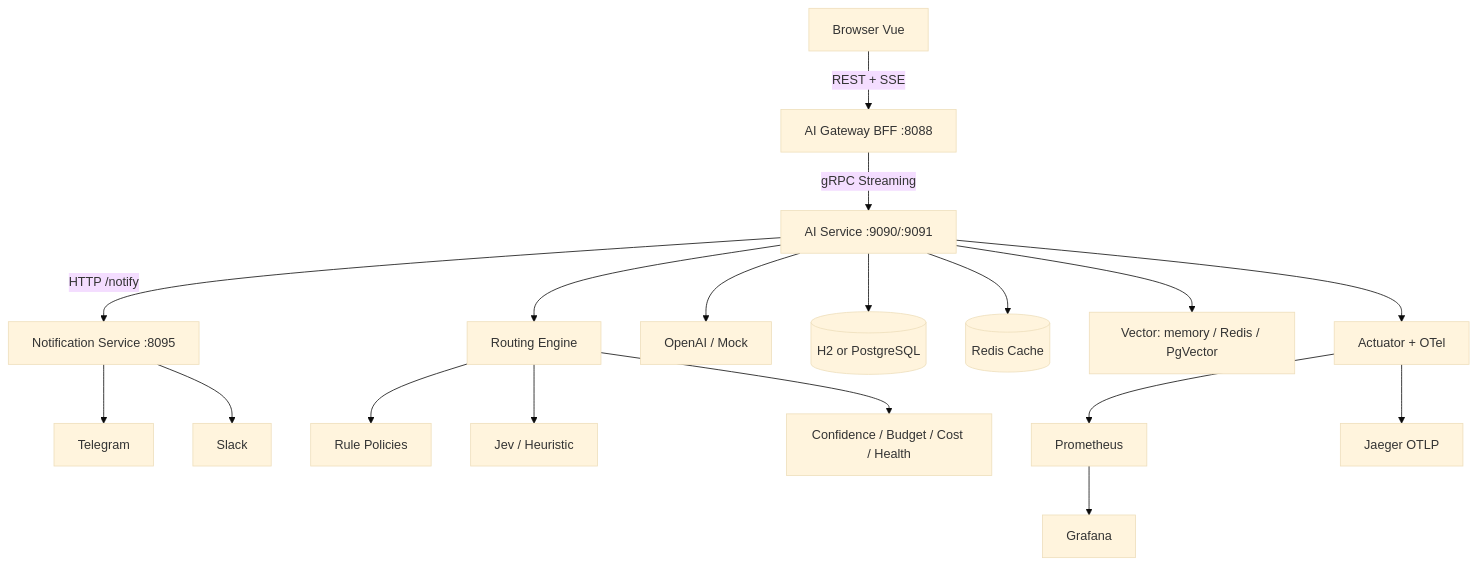
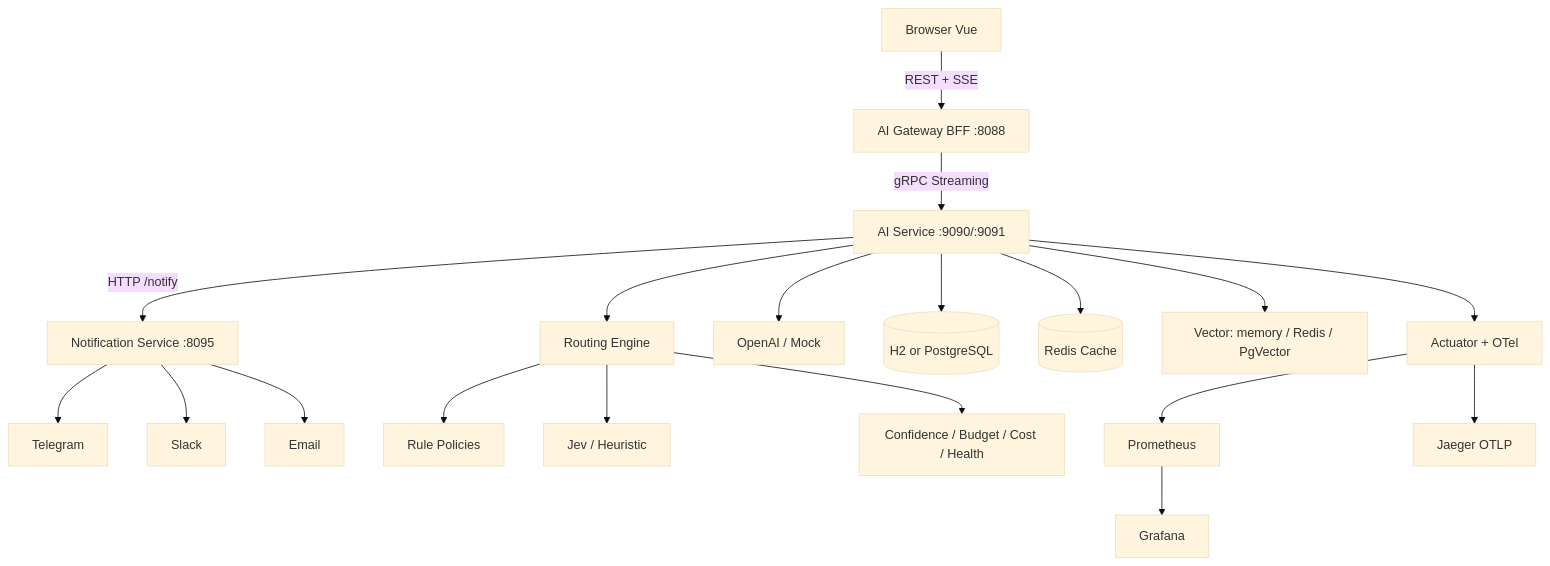
Before and after one commit to skyleedevzero86/Spring_lee_Module: the diagram in searchai/README.md, drawn with Mermaid (base theme). The commit also changed other lines of this file and 32 other files, not shown here.

````diff
--- a/searchai/README.md
+++ b/searchai/README.md
@@ -22,20 +33,21 @@
 ```mermaid
 flowchart TD
   Browser["Browser Vue"] -->|REST + SSE| Gateway["AI Gateway BFF :8088"]
   Gateway -->|gRPC Streaming| AI["AI Service :9090/:9091"]
   AI -->|HTTP /notify| Notify["Notification Service :8095"]
   Notify --> TG["Telegram"]
   Notify --> Slack["Slack"]
+  Notify --> Email["Email"]
   AI --> Router["Routing Engine"]
   Router --> Rule["Rule Policies"]
   Router --> Jev["Jev / Heuristic"]
   Router --> Conf["Confidence / Budget / Cost / Health"]
   AI --> OpenAI["OpenAI / Mock"]
   AI --> Store[(H2 or PostgreSQL)]
   AI --> Redis[(Redis Cache)]
   AI --> Vect["Vector: memory / Redis / PgVector"]
   AI --> Actuator["Actuator + OTel"]
   Actuator --> Prom["Prometheus"]
   Actuator --> Jaeger["Jaeger OTLP"]
   Prom --> Graf["Grafana"]
 ```
````
